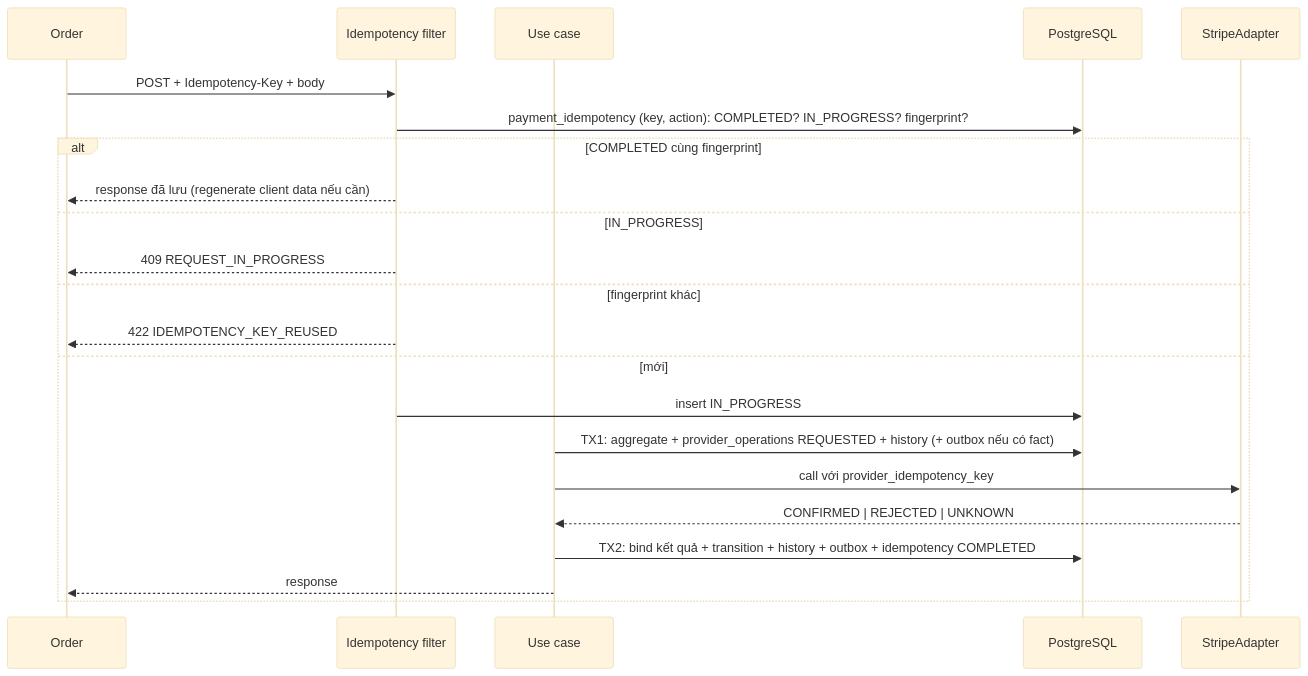
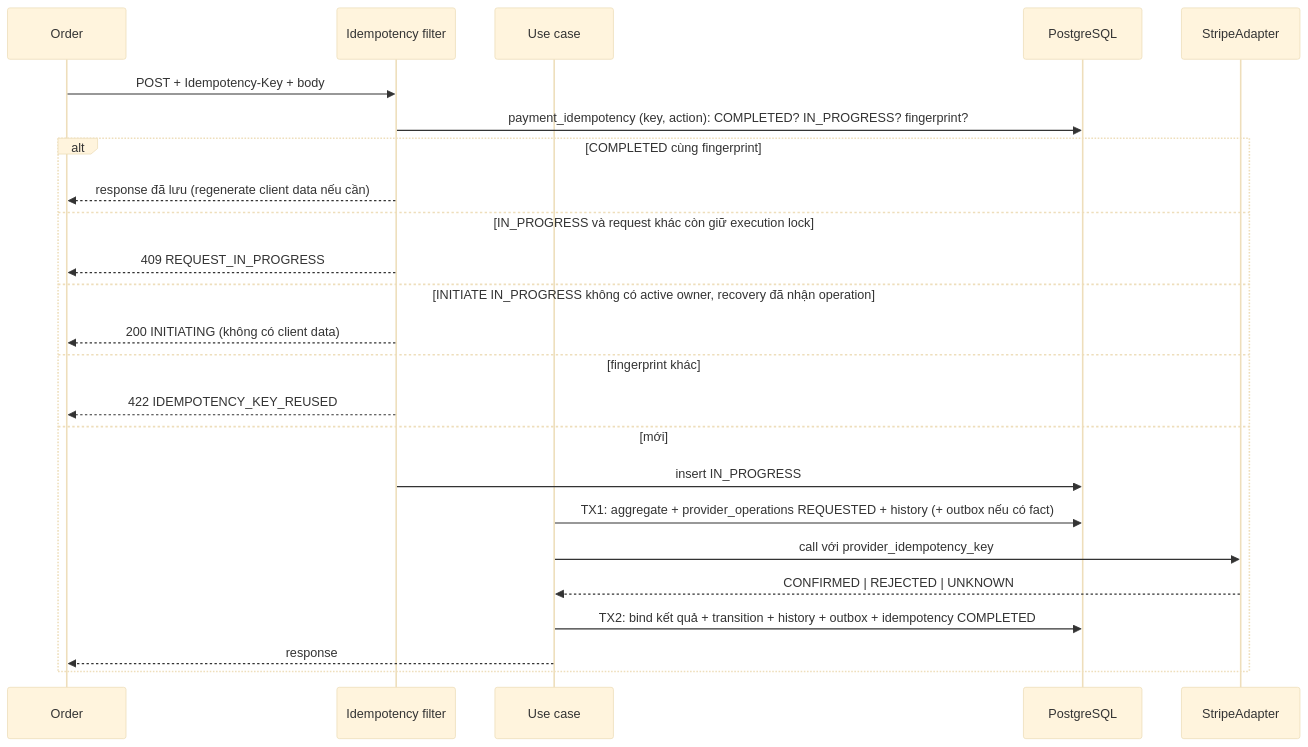
The second of 2 diagrams in docs/payment/architecture.md (quangdung2110/e-commerce-microservices), drawn with Mermaid (base theme) before and after one commit. The commit also changed other lines of this file and 13 other files, not shown here.

````diff
--- a/docs/payment/architecture.md
+++ b/docs/payment/architecture.md
@@ -176,24 +179,26 @@
 ```mermaid
 sequenceDiagram
     participant O as Order
     participant F as Idempotency filter
     participant U as Use case
     participant DB as PostgreSQL
     participant S as StripeAdapter
     O->>F: POST + Idempotency-Key + body
     F->>DB: payment_idempotency (key, action): COMPLETED? IN_PROGRESS? fingerprint?
     alt COMPLETED cùng fingerprint
         F-->>O: response đã lưu (regenerate client data nếu cần)
-    else IN_PROGRESS
+    else IN_PROGRESS và request khác còn giữ execution lock
         F-->>O: 409 REQUEST_IN_PROGRESS
+    else INITIATE IN_PROGRESS không có active owner, recovery đã nhận operation
+        F-->>O: 200 INITIATING (không có client data)
     else fingerprint khác
         F-->>O: 422 IDEMPOTENCY_KEY_REUSED
     else mới
         F->>DB: insert IN_PROGRESS
         U->>DB: TX1: aggregate + provider_operations REQUESTED + history (+ outbox nếu có fact)
         U->>S: call với provider_idempotency_key
         S-->>U: CONFIRMED | REJECTED | UNKNOWN
         U->>DB: TX2: bind kết quả + transition + history + outbox + idempotency COMPLETED
         U-->>O: response
     end
 ```
````
